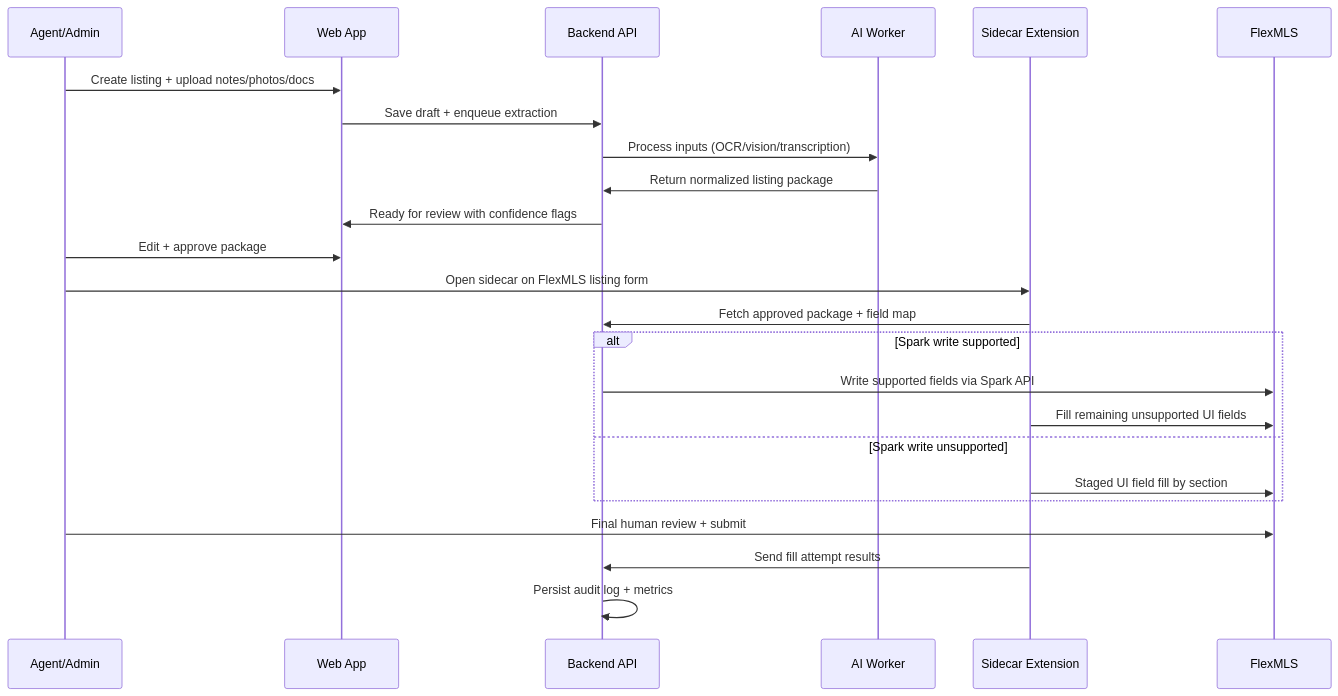
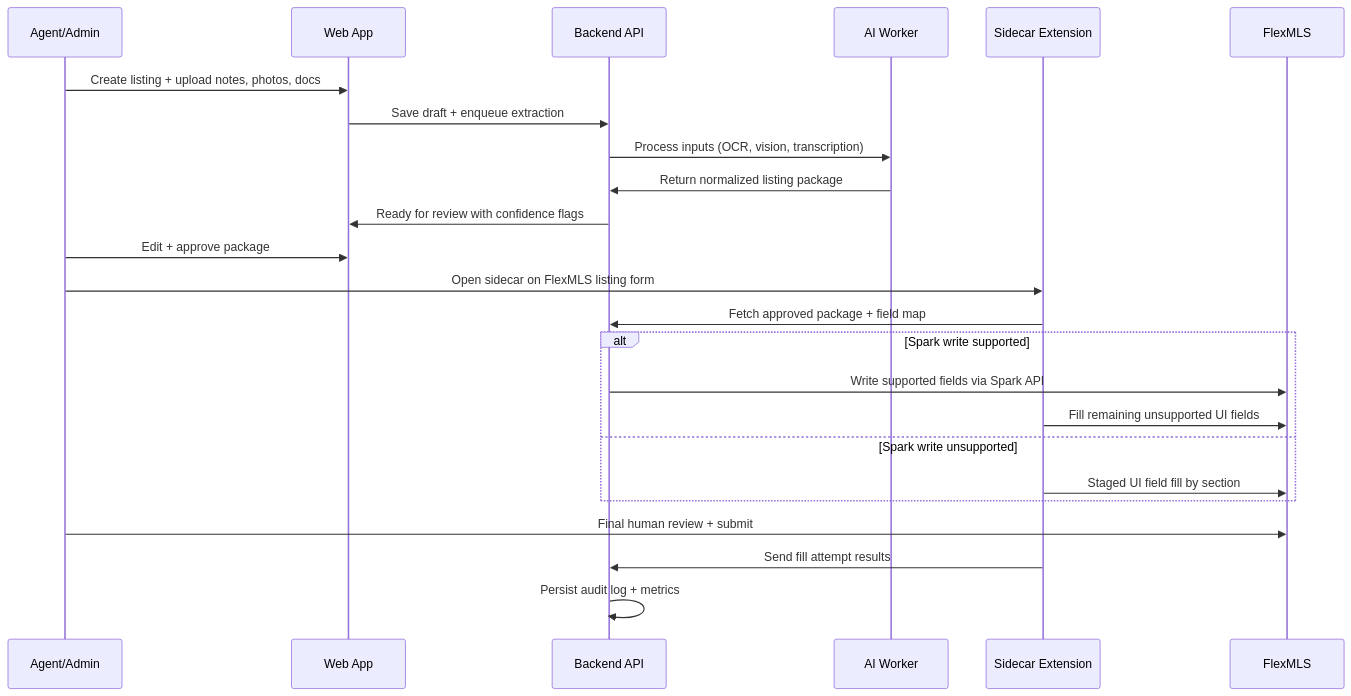
Before and after one commit to blakedegroot5/brainstorm: the third of 3 diagrams in 04-planning/mls-app/architecture-diagrams.md, drawn with Mermaid. The commit also changed other lines of this file and 2 other files, not shown here.

Commit message:
Fix Mermaid diagram syntax and enforce commit-push workflow

````diff
--- a/04-planning/mls-app/architecture-diagrams.md
+++ b/04-planning/mls-app/architecture-diagrams.md
@@ -93,30 +93,30 @@
 ```mermaid
 sequenceDiagram
   participant User as Agent/Admin
   participant Web as Web App
   participant API as Backend API
   participant Worker as AI Worker
   participant Ext as Sidecar Extension
   participant MLS as FlexMLS
 
-  User->>Web: Create listing + upload notes/photos/docs
+  User->>Web: Create listing + upload notes, photos, docs
   Web->>API: Save draft + enqueue extraction
-  API->>Worker: Process inputs (OCR/vision/transcription)
+  API->>Worker: Process inputs (OCR, vision, transcription)
   Worker->>API: Return normalized listing package
   API->>Web: Ready for review with confidence flags
   User->>Web: Edit + approve package
 
   User->>Ext: Open sidecar on FlexMLS listing form
   Ext->>API: Fetch approved package + field map
 
   alt Spark write supported
     API->>MLS: Write supported fields via Spark API
     Ext->>MLS: Fill remaining unsupported UI fields
   else Spark write unsupported
     Ext->>MLS: Staged UI field fill by section
   end
 
   User->>MLS: Final human review + submit
   Ext->>API: Send fill attempt results
   API->>API: Persist audit log + metrics
 ```
````
